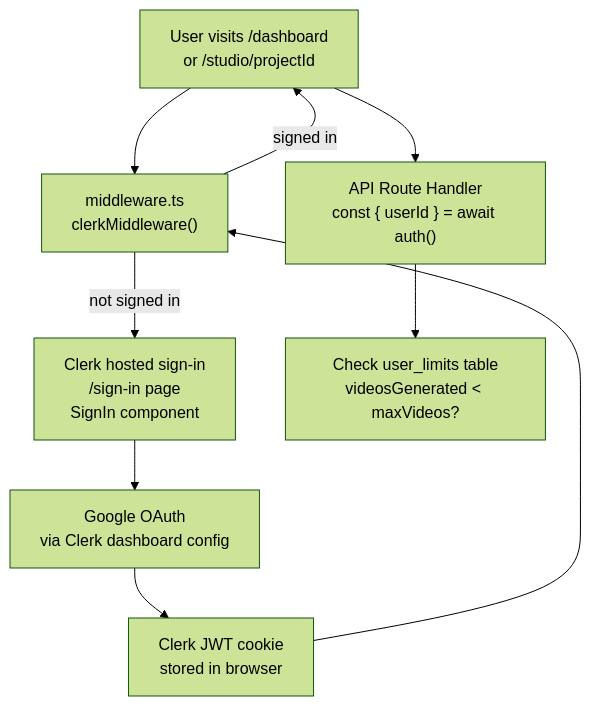
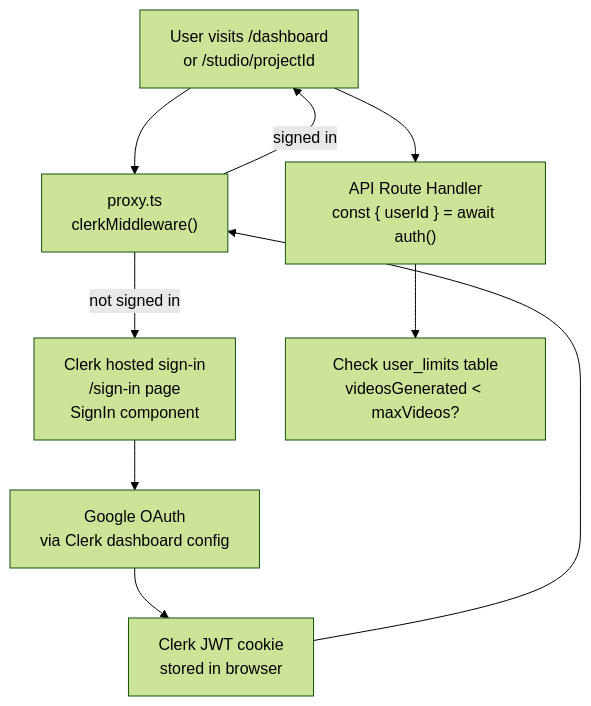
Before and after one commit to lokeswaran-aj/opencut: the fifth of 6 diagrams in docs/architecture.md, drawn with Mermaid (forest theme). The commit also changed other lines of this file and 3 other files, not shown here.

First line of the commit message:
chore: migrate middleware.ts to proxy.ts for Next.js 16

````diff
--- a/docs/architecture.md
+++ b/docs/architecture.md
@@ -185,19 +185,19 @@
 ```mermaid
 flowchart TD
     U["User visits /dashboard<br/>or /studio/projectId"]
-    PM["middleware.ts<br/>clerkMiddleware()"]
+    PM["proxy.ts<br/>clerkMiddleware()"]
     SignIn["Clerk hosted sign-in<br/>/sign-in page<br/>SignIn component"]
     Google["Google OAuth<br/>via Clerk dashboard config"]
     Session["Clerk JWT cookie<br/>stored in browser"]
     API["API Route Handler<br/>const { userId } = await auth()"]
     Limit["Check user_limits table<br/>videosGenerated < maxVideos?"]
 
     U --> PM
     PM -->|"not signed in"| SignIn
     SignIn --> Google
     Google --> Session
     Session --> PM
     PM -->|"signed in"| U
     U --> API
     API --> Limit
 ```
````
